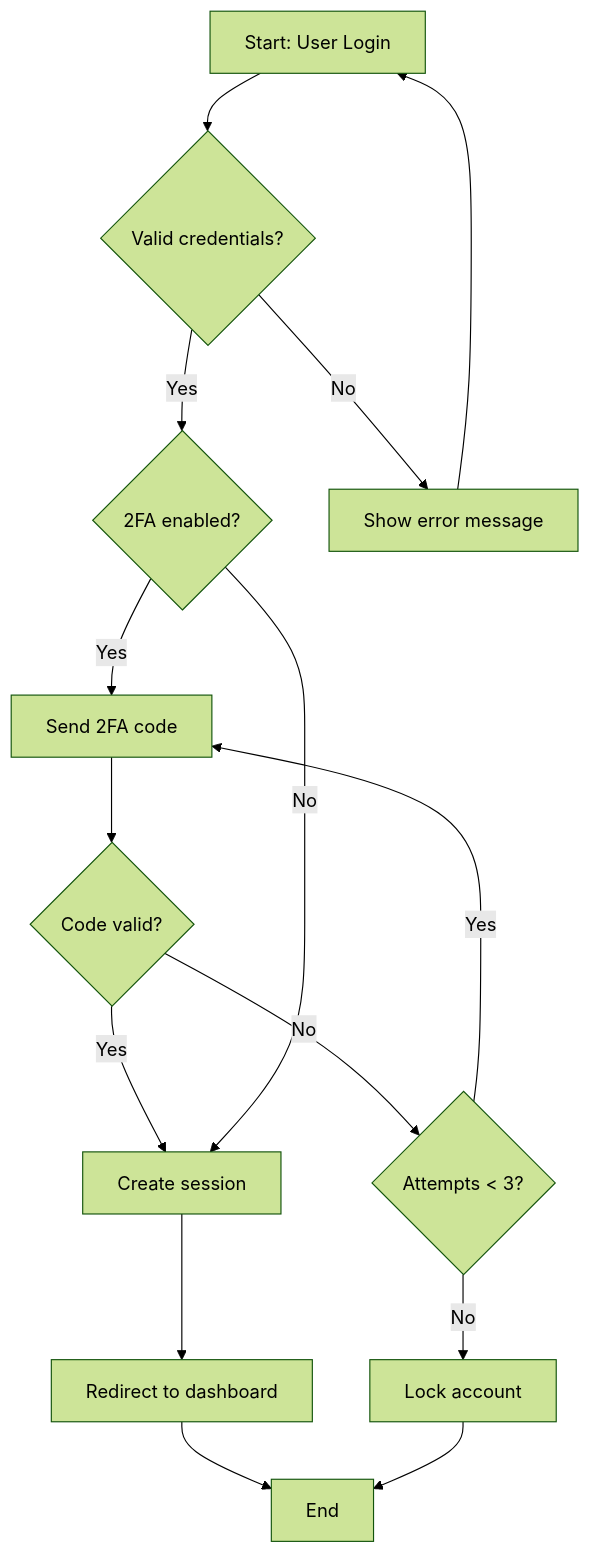
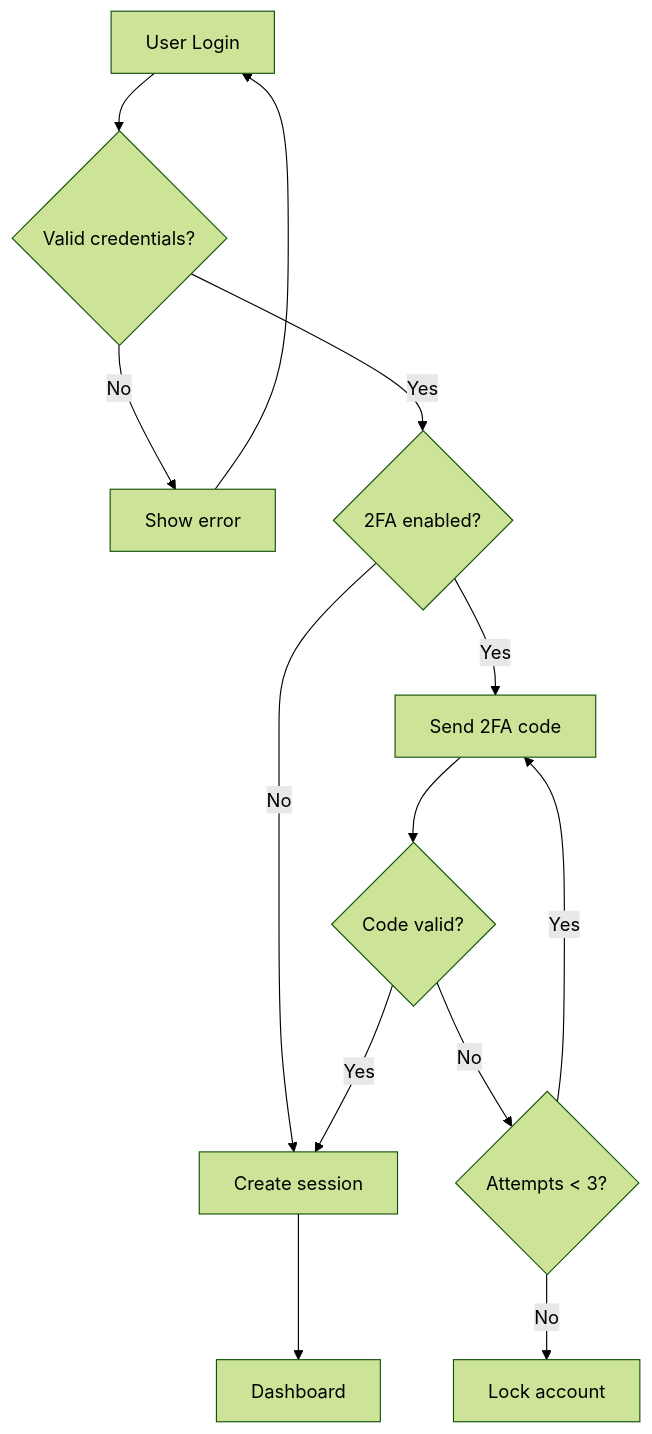
The fifth of 8 diagrams in skills/loom-diagramming/SKILL.md (cosmix/loom), drawn with Mermaid (forest theme) before and after one commit. The commit also changed other lines of this file and 23 other files, not shown here.

````diff
--- a/skills/loom-diagramming/SKILL.md
+++ b/skills/loom-diagramming/SKILL.md
@@ -417,19 +156,15 @@
 ```mermaid
 flowchart TD
-    A[Start: User Login] --> B{Valid credentials?}
+    A[User Login] --> B{Valid credentials?}
+    B -->|No| D[Show error]
+    D --> A
     B -->|Yes| C{2FA enabled?}
-    B -->|No| D[Show error message]
-    D --> A
-
+    C -->|No| G[Create session]
     C -->|Yes| E[Send 2FA code]
     E --> F{Code valid?}
-    F -->|Yes| G[Create session]
+    F -->|Yes| G
     F -->|No| H{Attempts < 3?}
     H -->|Yes| E
     H -->|No| I[Lock account]
-
-    C -->|No| G
-    G --> J[Redirect to dashboard]
-    J --> K[End]
-    I --> K
+    G --> J[Dashboard]
 ```
````
